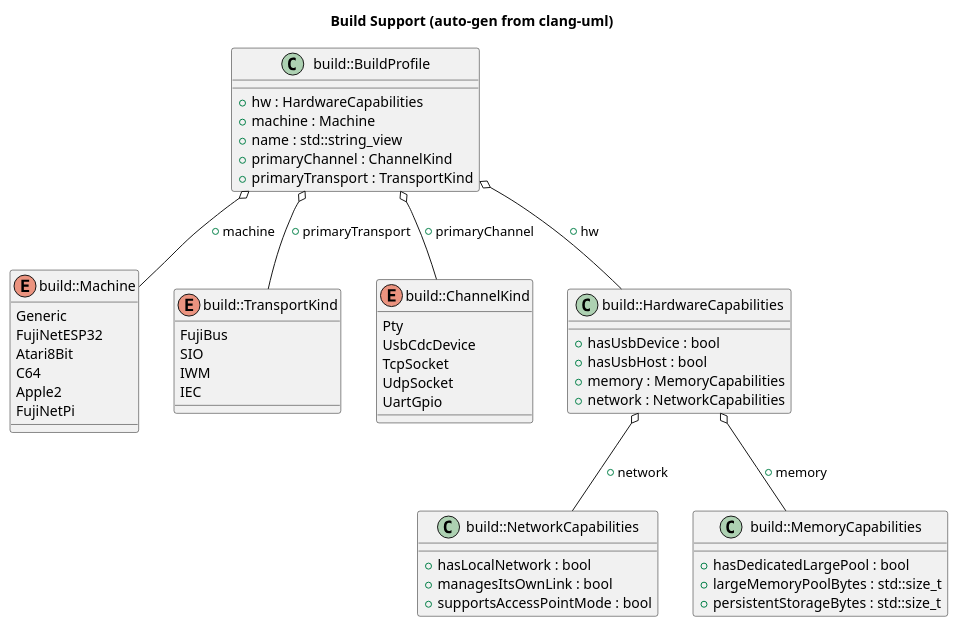
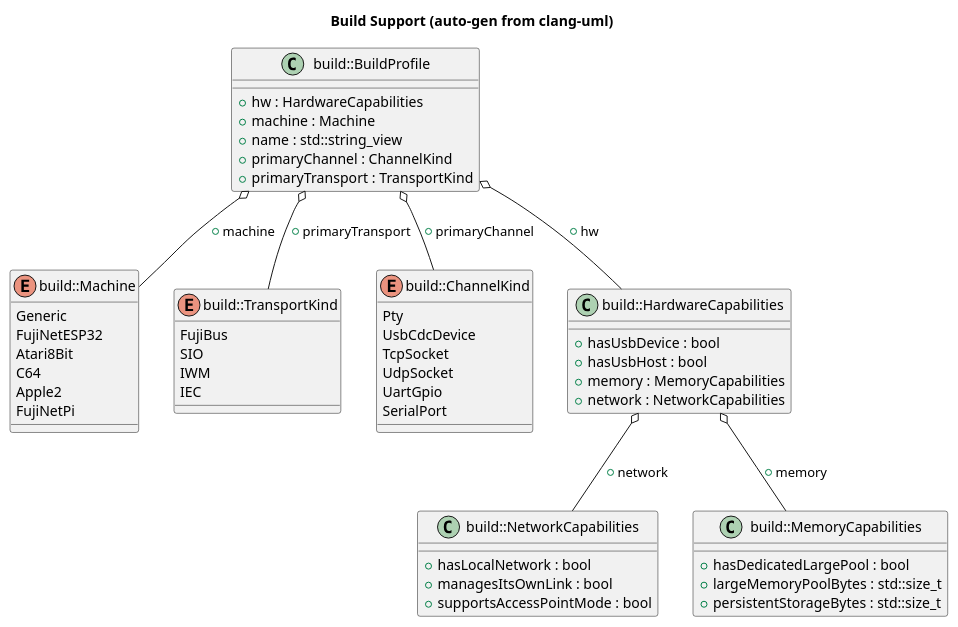
The diagram in docs/uml/gen_build_support.puml (markjfisher/fujinet-nio), drawn with PlantUML before and after one commit. The commit also changed 5 other files, not shown here.

Commit message:
chore: update auto-generated UML diagrams

```diff
--- a/docs/uml/gen_build_support.puml
+++ b/docs/uml/gen_build_support.puml
@@ -1,67 +1,68 @@
 @startuml
 title Build Support (auto-gen from clang-uml)
 enum "build::Machine" as C_0007192754921315111484
 enum C_0007192754921315111484 {
 Generic
 FujiNetESP32
 Atari8Bit
 C64
 Apple2
 FujiNetPi
 }
 enum "build::TransportKind" as C_0002950475094340712788
 enum C_0002950475094340712788 {
 FujiBus
 SIO
 IWM
 IEC
 }
 enum "build::ChannelKind" as C_0018157593848838900415
 enum C_0018157593848838900415 {
 Pty
 UsbCdcDevice
 TcpSocket
 UdpSocket
 UartGpio
+SerialPort
 }
 class "build::NetworkCapabilities" as C_0008019720847980173585
 class C_0008019720847980173585 {
 __
 +hasLocalNetwork : bool
 +managesItsOwnLink : bool
 +supportsAccessPointMode : bool
 }
 class "build::MemoryCapabilities" as C_0004735246185757737530
 class C_0004735246185757737530 {
 __
 +hasDedicatedLargePool : bool
 +largeMemoryPoolBytes : std::size_t
 +persistentStorageBytes : std::size_t
 }
 class "build::HardwareCapabilities" as C_0013796263537013607309
 class C_0013796263537013607309 {
 __
 +hasUsbDevice : bool
 +hasUsbHost : bool
 +memory : MemoryCapabilities
 +network : NetworkCapabilities
 }
 class "build::BuildProfile" as C_0000758950242649922238
 class C_0000758950242649922238 {
 __
 +hw : HardwareCapabilities
 +machine : Machine
 +name : std::string_view
 +primaryChannel : ChannelKind
 +primaryTransport : TransportKind
 }
 C_0013796263537013607309 o-- C_0008019720847980173585 : +network
 C_0013796263537013607309 o-- C_0004735246185757737530 : +memory
 C_0000758950242649922238 o-- C_0007192754921315111484 : +machine
 C_0000758950242649922238 o-- C_0002950475094340712788 : +primaryTransport
 C_0000758950242649922238 o-- C_0018157593848838900415 : +primaryChannel
 C_0000758950242649922238 o-- C_0013796263537013607309 : +hw
 
 'Generated with clang-uml, version 0.6.2
 'LLVM version Ubuntu clang version 18.1.3 (1ubuntu1)
 @enduml
```
